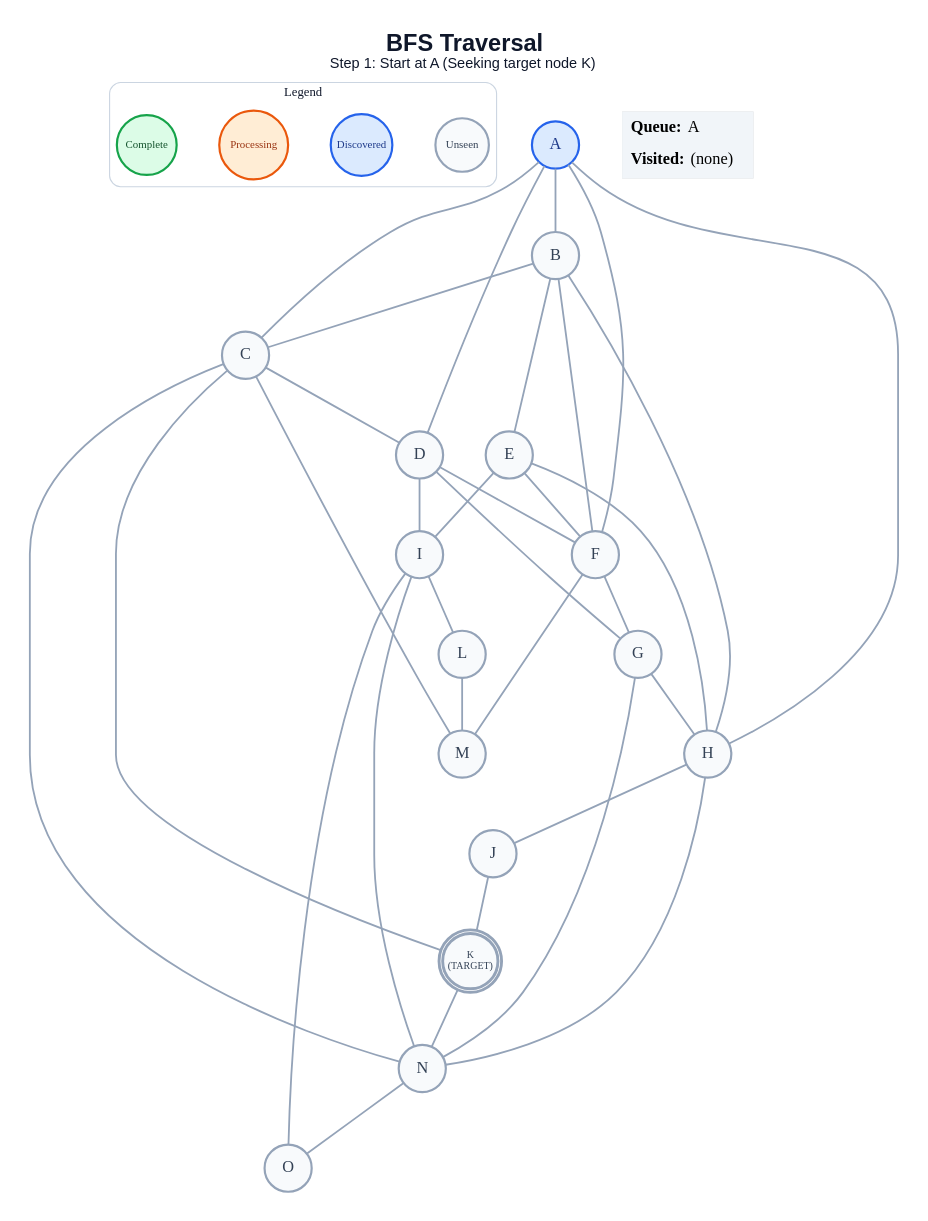
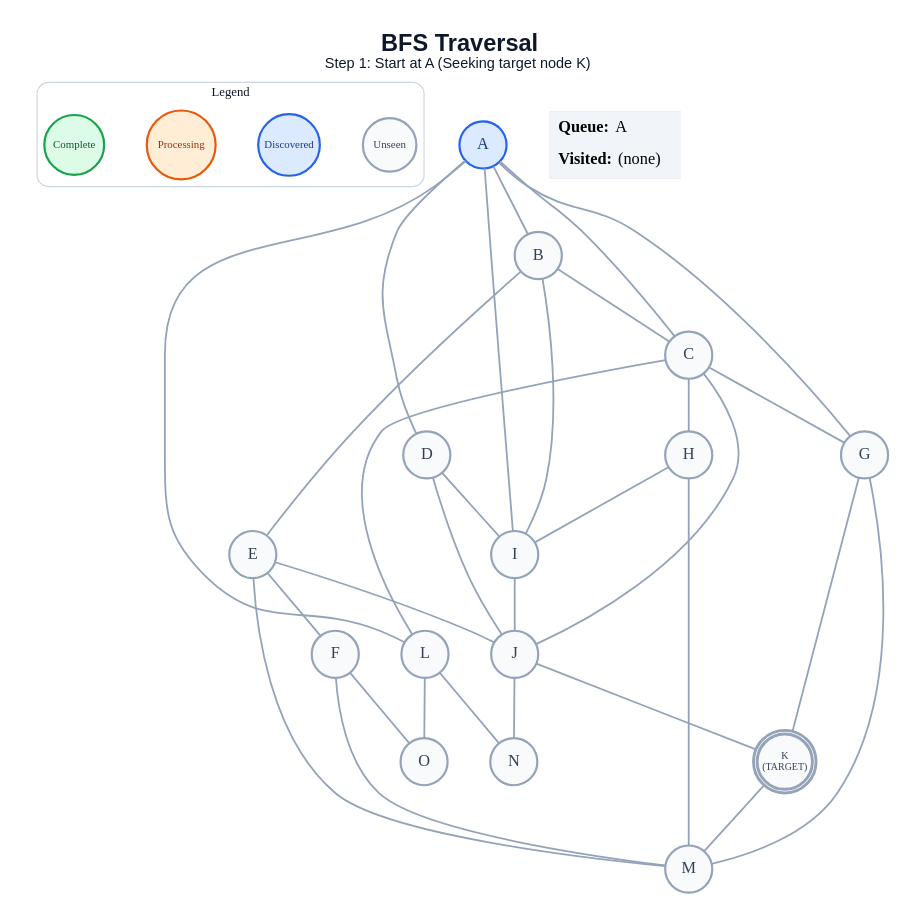
The diagram in generated/specific-node/bfs/step_01.dot (anon7238593-create/ai-slop), drawn with Graphviz before and after one commit. The commit also changed 236 other files, not shown here.

```diff
--- a/generated/specific-node/bfs/step_01.dot
+++ b/generated/specific-node/bfs/step_01.dot
@@ -1,66 +1,64 @@
 graph traversal {
   graph [layout=dot, rankdir=TB, bgcolor="#FFFFFF", pad="0.35", nodesep="0.65", ranksep="0.8", fontname="Arial"];
   node [shape=circle, style="filled", fontname="Arial Bold", fontsize=18, width=0.72, fixedsize=true, penwidth=2.4];
   edge [color="#94A3B8", penwidth=2.0];
   label=<<B>BFS Traversal</B><BR/><FONT POINT-SIZE="16">Step 1: Start at A (Seeking target node K)</FONT>>; labelloc="t"; fontsize=26; fontname="Arial"; fontcolor="#0F172A";
   subgraph cluster_legend { label="Legend"; color="#CBD5E1"; penwidth=1.2; style="rounded"; fontsize=14; fontname="Arial Bold";
     key_unseen [label="Unseen", fillcolor="#F8FAFC", color="#94A3B8", fontcolor="#334155", fontsize=12, width=0.82];
     key_frontier [label="Discovered", fillcolor="#DBEAFE", color="#2563EB", fontcolor="#1E3A8A", fontsize=12, width=0.95];
     key_current [label="Processing", fillcolor="#FFEDD5", color="#EA580C", fontcolor="#9A3412", fontsize=12, width=1.05];
     key_done [label="Complete", fillcolor="#DCFCE7", color="#16A34A", fontcolor="#14532D", fontsize=12, width=0.92];
     { rank=same; key_unseen; key_frontier; key_current; key_done; }
   }
   A [label="A", fillcolor="#DBEAFE", color="#2563EB", fontcolor="#1E3A8A", peripheries=1, penwidth=2.4];
   B [label="B", fillcolor="#F8FAFC", color="#94A3B8", fontcolor="#334155", peripheries=1, penwidth=2.4];
   C [label="C", fillcolor="#F8FAFC", color="#94A3B8", fontcolor="#334155", peripheries=1, penwidth=2.4];
   D [label="D", fillcolor="#F8FAFC", color="#94A3B8", fontcolor="#334155", peripheries=1, penwidth=2.4];
   E [label="E", fillcolor="#F8FAFC", color="#94A3B8", fontcolor="#334155", peripheries=1, penwidth=2.4];
   F [label="F", fillcolor="#F8FAFC", color="#94A3B8", fontcolor="#334155", peripheries=1, penwidth=2.4];
   G [label="G", fillcolor="#F8FAFC", color="#94A3B8", fontcolor="#334155", peripheries=1, penwidth=2.4];
   H [label="H", fillcolor="#F8FAFC", color="#94A3B8", fontcolor="#334155", peripheries=1, penwidth=2.4];
   I [label="I", fillcolor="#F8FAFC", color="#94A3B8", fontcolor="#334155", peripheries=1, penwidth=2.4];
   J [label="J", fillcolor="#F8FAFC", color="#94A3B8", fontcolor="#334155", peripheries=1, penwidth=2.4];
   K [label="K\n(TARGET)", fillcolor="#F8FAFC", color="#94A3B8", fontcolor="#334155", peripheries=2, penwidth=3.2, fontsize=11, width=0.85, height=0.85];
   L [label="L", fillcolor="#F8FAFC", color="#94A3B8", fontcolor="#334155", peripheries=1, penwidth=2.4];
   M [label="M", fillcolor="#F8FAFC", color="#94A3B8", fontcolor="#334155", peripheries=1, penwidth=2.4];
   N [label="N", fillcolor="#F8FAFC", color="#94A3B8", fontcolor="#334155", peripheries=1, penwidth=2.4];
   O [label="O", fillcolor="#F8FAFC", color="#94A3B8", fontcolor="#334155", peripheries=1, penwidth=2.4];
   A -- B;
   A -- C;
   A -- D;
-  A -- F;
-  A -- H;
+  A -- G;
+  A -- I;
+  A -- L;
   B -- C;
   B -- E;
-  B -- F;
-  B -- H;
-  C -- D;
-  C -- K;
-  C -- M;
-  C -- N;
-  D -- F;
-  D -- G;
+  B -- I;
+  C -- G;
+  C -- H;
+  C -- J;
+  C -- L;
   D -- I;
+  D -- J;
   E -- F;
-  E -- H;
-  E -- I;
-  F -- G;
+  E -- J;
+  E -- M;
   F -- M;
-  G -- H;
-  G -- N;
-  H -- J;
-  H -- N;
-  I -- L;
-  I -- N;
-  I -- O;
+  F -- O;
+  G -- K;
+  G -- M;
+  H -- I;
+  H -- M;
+  I -- J;
   J -- K;
-  K -- N;
-  L -- M;
-  N -- O;
+  J -- N;
+  K -- M;
+  L -- N;
+  L -- O;
   status [shape=plain, fixedsize=false, width=0, height=0, margin=0, label=<
     <TABLE BORDER="0" CELLBORDER="0" CELLPADDING="7" BGCOLOR="#F1F5F9">
       <TR><TD ALIGN="LEFT"><B>Queue:</B> A</TD></TR>
       <TR><TD ALIGN="LEFT"><B>Visited:</B> (none)</TD></TR>
     </TABLE>
   >];
 }
```
